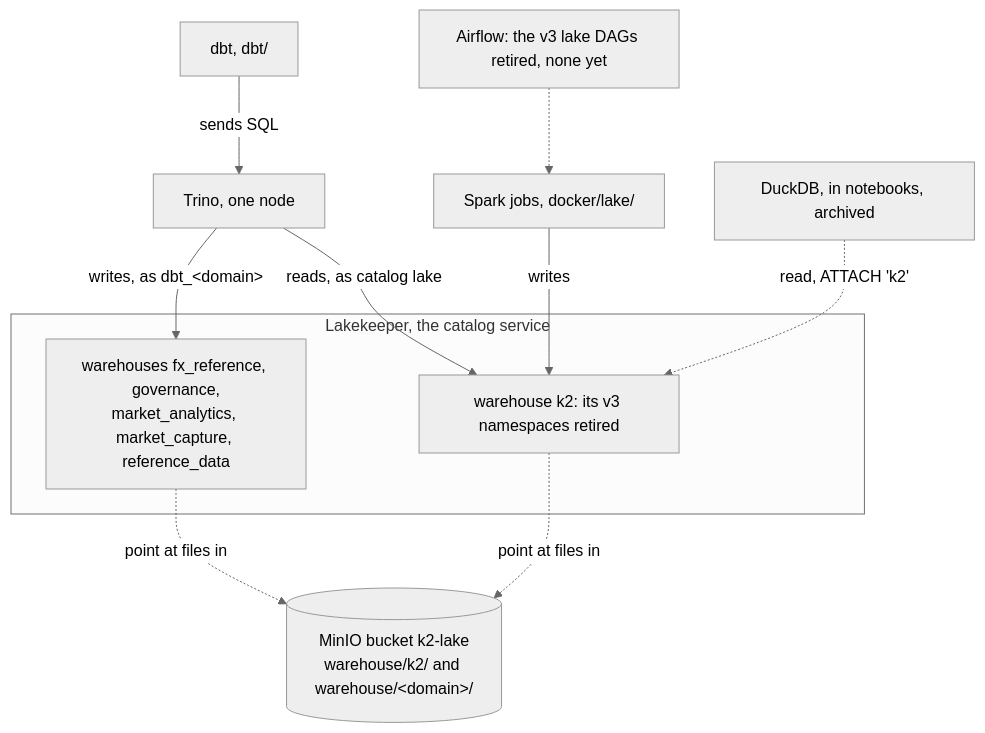
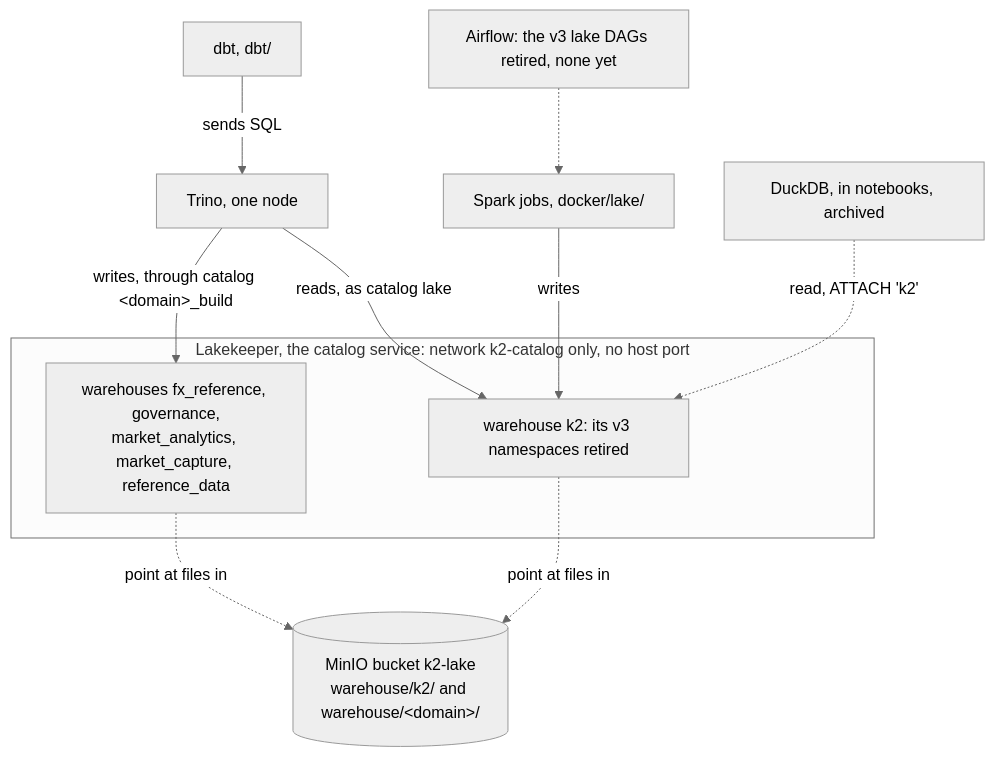
One commit to rjdscott/k2-market-data-platform changed the first of 2 diagrams in docs/architecture/19-lakehouse-and-domain-warehouses.md. Above: the diagram before and after it, drawn with Mermaid (neutral theme). The commit also changed other lines of this file and 17 other files, not shown here.

````diff
--- a/docs/architecture/19-lakehouse-and-domain-warehouses.md
+++ b/docs/architecture/19-lakehouse-and-domain-warehouses.md
@@ -42,20 +48,20 @@
 ```mermaid
 flowchart TB
   AF["Airflow: the v3 lake DAGs retired, none yet"]
   SP["Spark jobs, docker/lake/"]
   DBT["dbt, dbt/"]
   TR["Trino, one node"]
   DK["DuckDB, in notebooks, archived"]
-  subgraph LK ["Lakekeeper, the catalog service"]
+  subgraph LK ["Lakekeeper, the catalog service: network k2-catalog only, no host port"]
     WK["warehouse k2: its v3 namespaces retired"]
     WD["warehouses fx_reference, governance,<br/>market_analytics, market_capture, reference_data"]
   end
   S3[("MinIO bucket k2-lake<br/>warehouse/k2/ and warehouse/&lt;domain&gt;/")]
   AF -.-> SP
   SP -->|"writes"| WK
   DBT -->|"sends SQL"| TR
   TR -->|"reads, as catalog lake"| WK
-  TR -->|"writes, as dbt_&lt;domain&gt;"| WD
+  TR -->|"writes, through catalog &lt;domain&gt;_build"| WD
   DK -.->|"read, ATTACH 'k2'"| WK
   WK & WD -.->|"point at files in"| S3
 ```
````
